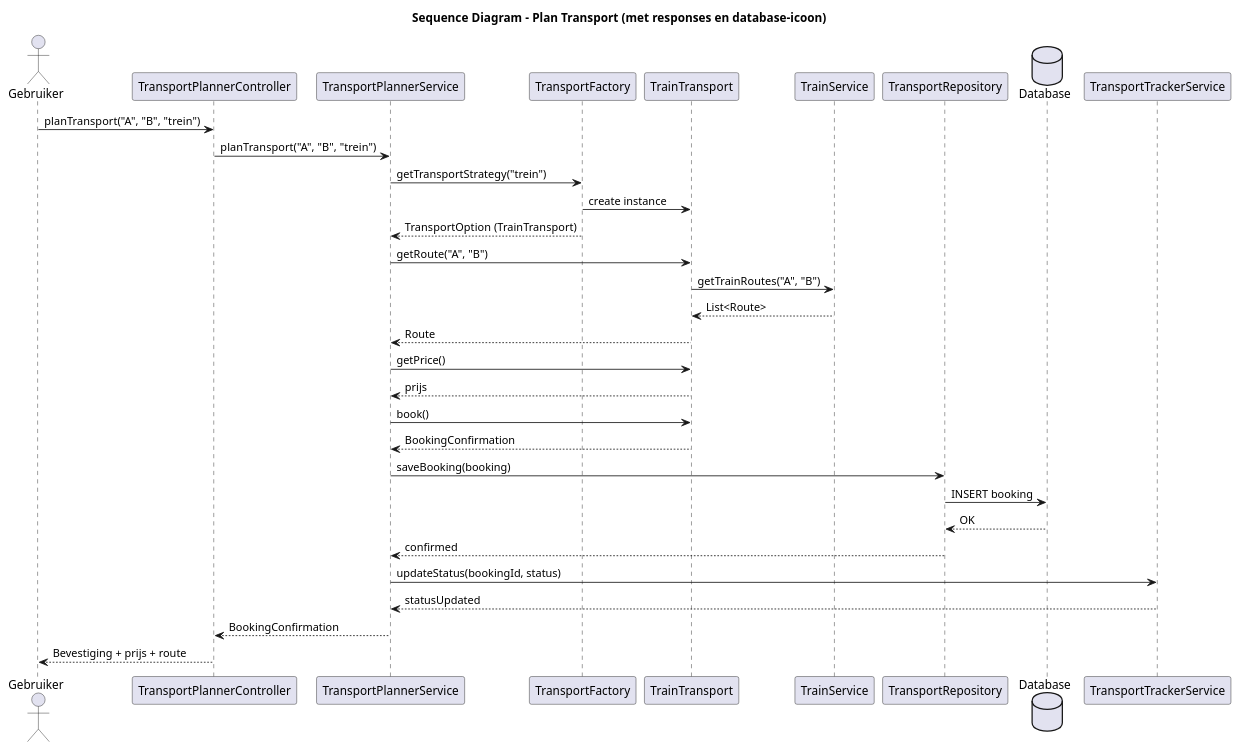
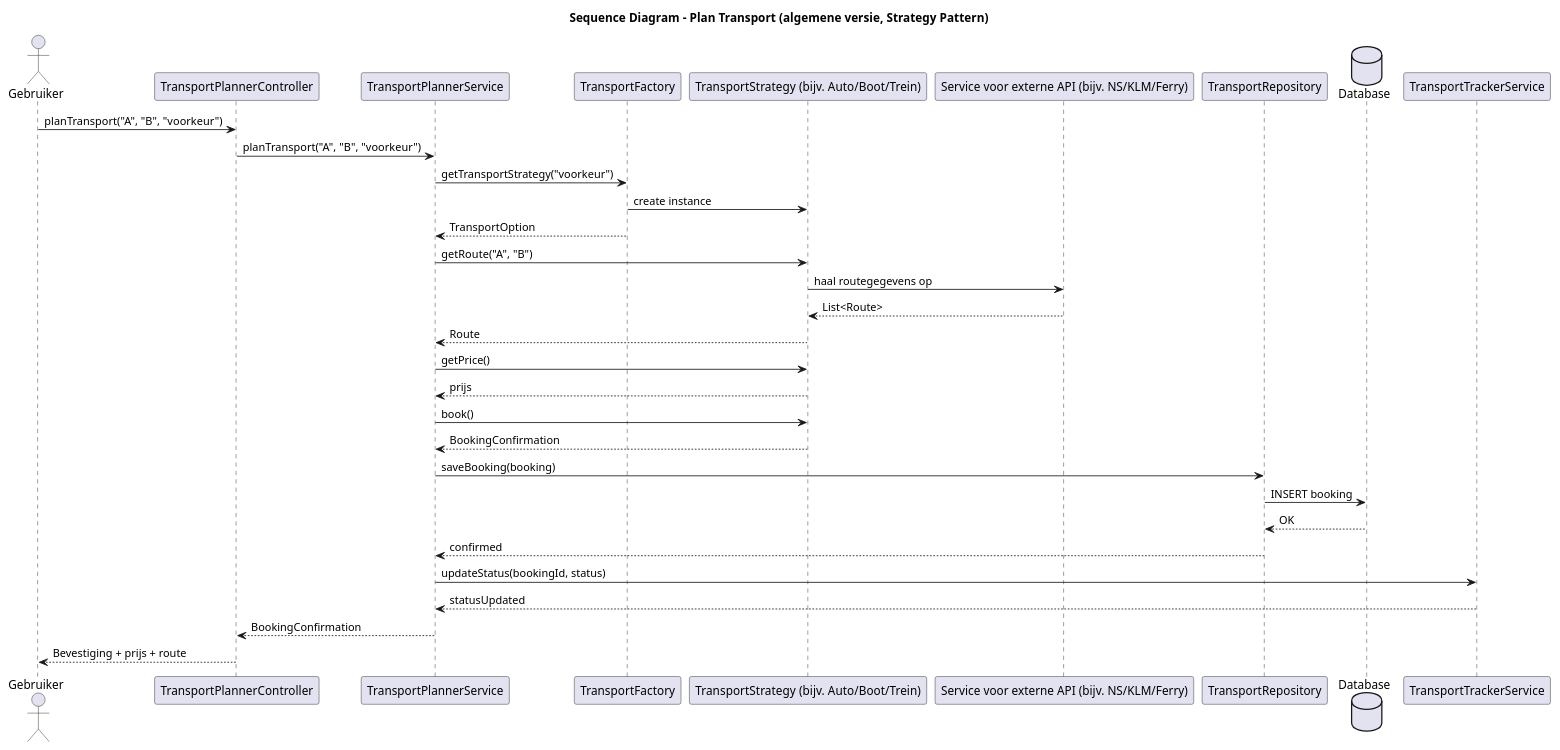
Before and after one commit to AIM-ENE-feb25/triptop-sqr-tech: the diagram in W3/Diagrammen/ClassD/SequenceD/RickSequenceDiagram.puml, drawn with PlantUML.

Commit message:
sequwnce diagram

```diff
--- a/W3/Diagrammen/ClassD/SequenceD/RickSequenceDiagram.puml
+++ b/W3/Diagrammen/ClassD/SequenceD/RickSequenceDiagram.puml
@@ -1,44 +1,44 @@
 @startuml
-title Sequence Diagram – Plan Transport (met responses en database-icoon)
+title Sequence Diagram – Plan Transport (algemene versie, Strategy Pattern)
 
 actor Gebruiker
 
 participant TransportPlannerController
 participant TransportPlannerService
 participant TransportFactory
-participant TrainTransport
-participant TrainService
+participant ConcreteTransportStrategy as "TransportStrategy (bijv. Auto/Boot/Trein)"
+participant TransportService as "Service voor externe API (bijv. NS/KLM/Ferry)"
 participant TransportRepository
 database Database
 participant TransportTrackerService
 
-Gebruiker -> TransportPlannerController : planTransport("A", "B", "trein")
-TransportPlannerController -> TransportPlannerService : planTransport("A", "B", "trein")
+Gebruiker -> TransportPlannerController : planTransport("A", "B", "voorkeur")
+TransportPlannerController -> TransportPlannerService : planTransport("A", "B", "voorkeur")
 
-TransportPlannerService -> TransportFactory : getTransportStrategy("trein")
-TransportFactory -> TrainTransport : create instance
-TransportFactory --> TransportPlannerService : TransportOption (TrainTransport)
+TransportPlannerService -> TransportFactory : getTransportStrategy("voorkeur")
+TransportFactory -> ConcreteTransportStrategy : create instance
+TransportFactory --> TransportPlannerService : TransportOption
 
-TransportPlannerService -> TrainTransport : getRoute("A", "B")
-TrainTransport -> TrainService : getTrainRoutes("A", "B")
-TrainService --> TrainTransport : List<Route>
-TrainTransport --> TransportPlannerService : Route
+TransportPlannerService -> ConcreteTransportStrategy : getRoute("A", "B")
+ConcreteTransportStrategy -> TransportService : haal routegegevens op
+TransportService --> ConcreteTransportStrategy : List<Route>
+ConcreteTransportStrategy --> TransportPlannerService : Route
 
-TransportPlannerService -> TrainTransport : getPrice()
-TrainTransport --> TransportPlannerService : prijs
+TransportPlannerService -> ConcreteTransportStrategy : getPrice()
+ConcreteTransportStrategy --> TransportPlannerService : prijs
 
-TransportPlannerService -> TrainTransport : book()
-TrainTransport --> TransportPlannerService : BookingConfirmation
+TransportPlannerService -> ConcreteTransportStrategy : book()
+ConcreteTransportStrategy --> TransportPlannerService : BookingConfirmation
 
 TransportPlannerService -> TransportRepository : saveBooking(booking)
 TransportRepository -> Database : INSERT booking
 Database --> TransportRepository : OK
 TransportRepository --> TransportPlannerService : confirmed
 
 TransportPlannerService -> TransportTrackerService : updateStatus(bookingId, status)
 TransportTrackerService --> TransportPlannerService : statusUpdated
 
 TransportPlannerService --> TransportPlannerController : BookingConfirmation
 TransportPlannerController --> Gebruiker : Bevestiging + prijs + route
 
 @enduml
```
